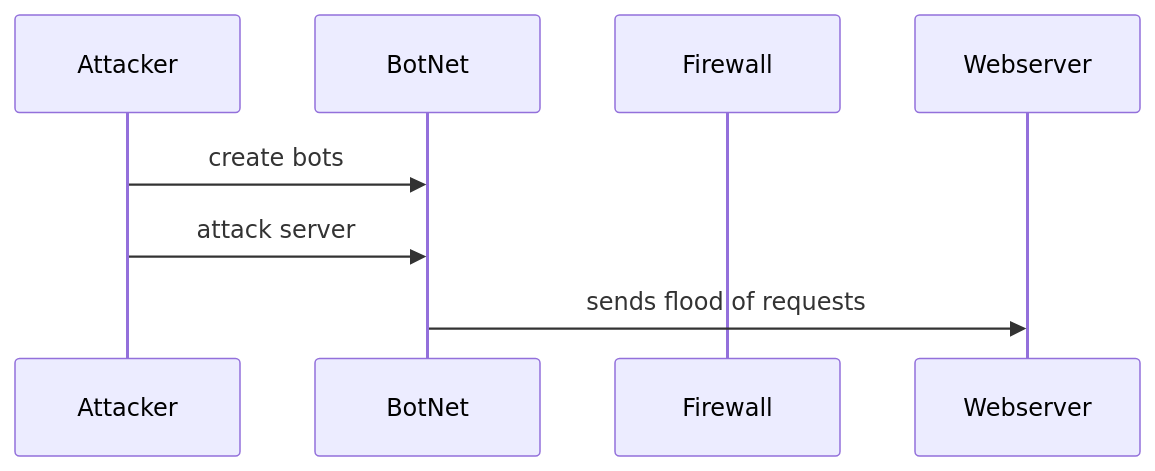
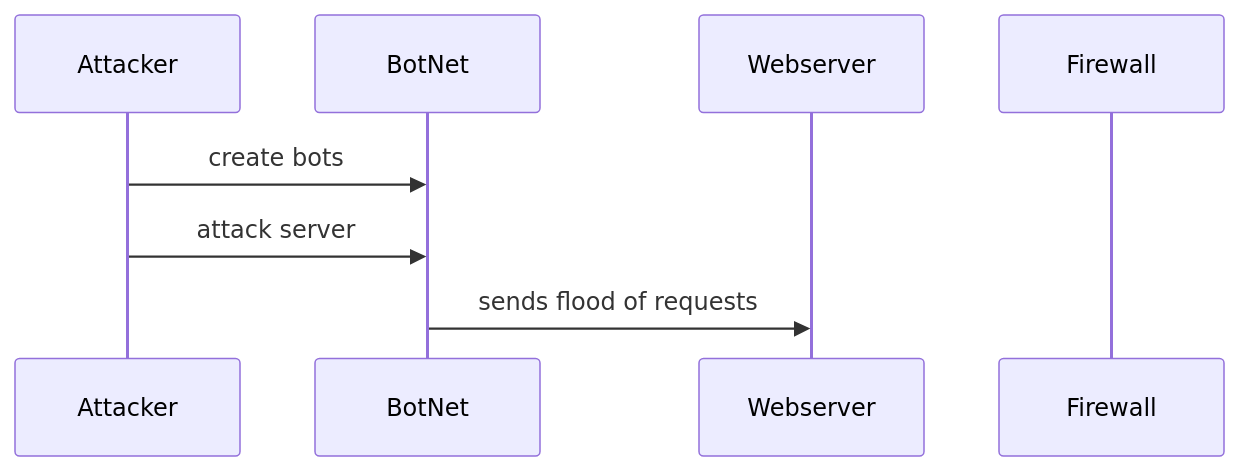
Before and after one commit to G-Marotta/Flowchart: the diagram in DDoS_Attack_Sequence.md, drawn with Mermaid.

````diff
--- a/DDoS_Attack_Sequence.md
+++ b/DDoS_Attack_Sequence.md
@@ -2,10 +2,11 @@
 ```mermaid
 sequenceDiagram
     participant Attacker
     participant BotNet
+    participant Webserver
     participant Firewall
-    participant Webserver
     Attacker->>BotNet: create bots
     Attacker->>BotNet: attack server
     BotNet->>Webserver: sends flood of requests
+    
 ```
````
